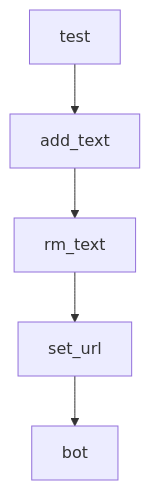
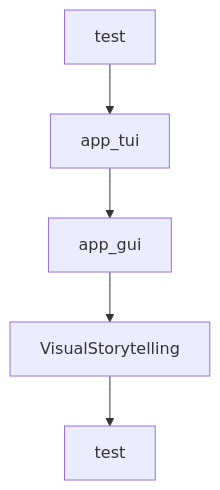
One commit to johnxie/awesome-code-docs changed the diagram in tutorials/qwen-agent-tutorial/06-application-patterns-and-safety-boundaries.md. Above: the diagram before and after it, drawn with Mermaid. The commit also changed other lines of this file and 1232 other files, not shown here.

````diff
--- a/tutorials/qwen-agent-tutorial/06-application-patterns-and-safety-boundaries.md
+++ b/tutorials/qwen-agent-tutorial/06-application-patterns-and-safety-boundaries.md
@@ -212,12 +200,12 @@
 ```mermaid
 flowchart TD
     A[test]
-    B[add_text]
-    C[rm_text]
-    D[set_url]
-    E[bot]
+    B[app_tui]
+    C[app_gui]
+    D[VisualStorytelling]
+    E[test]
     A --> B
     B --> C
     C --> D
     D --> E
 ```
````
